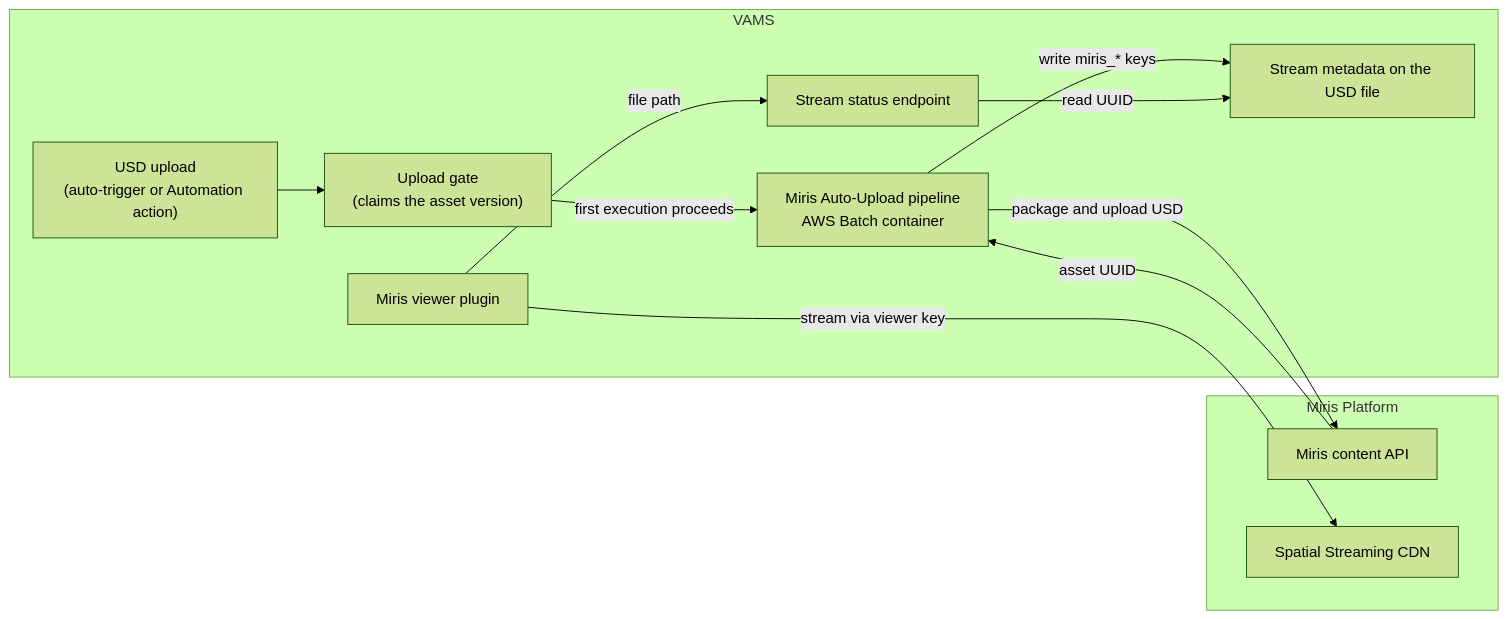
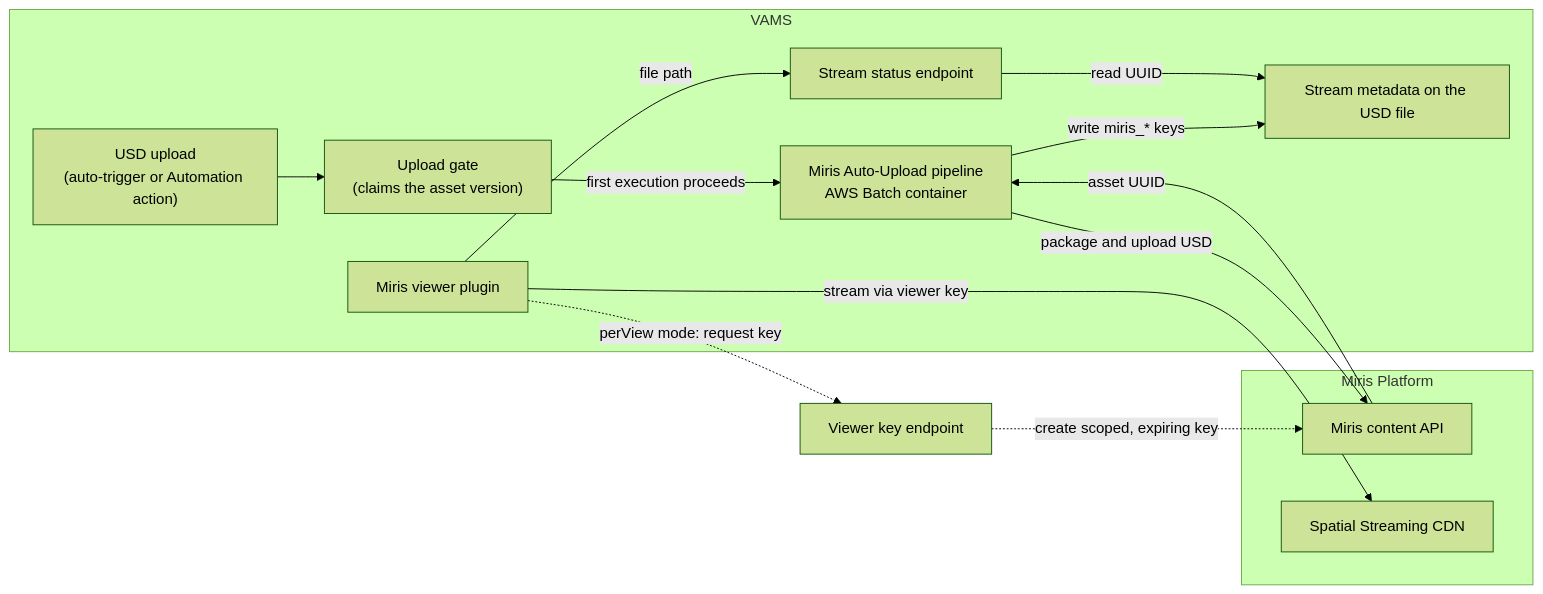
The diagram in documentation/docusaurus-site/docs/developer/external-integrations/miris-spatial-streaming.md (kellan-cartledge-miris/visual-asset-management-system), drawn with Mermaid (forest theme) before and after one commit. The commit also changed other lines of this file and 11 other files, not shown here.

First line of the commit message:
docs(miris): document per-view viewer keys

````diff
--- a/documentation/docusaurus-site/docs/developer/external-integrations/miris-spatial-streaming.md
+++ b/documentation/docusaurus-site/docs/developer/external-integrations/miris-spatial-streaming.md
@@ -146,24 +201,26 @@
 ```mermaid
 flowchart LR
     subgraph VAMS
         UP["USD upload\n(auto-trigger or Automation action)"]
         GATE["Upload gate\n(claims the asset version)"]
         PIPE["Miris Auto-Upload pipeline\nAWS Batch container"]
         MD["Stream metadata on the USD file"]
         STATUS["Stream status endpoint"]
         VIEW["Miris viewer plugin"]
     end
     subgraph Miris Platform
         API["Miris content API"]
         STREAM["Spatial Streaming CDN"]
     end
 
     UP --> GATE
     GATE -->|first execution proceeds| PIPE
     PIPE -->|package and upload USD| API
     API -->|asset UUID| PIPE
     PIPE -->|write miris_* keys| MD
     VIEW -->|file path| STATUS
     STATUS -->|read UUID| MD
     VIEW -->|stream via viewer key| STREAM
+    VIEW -.->|perView mode: request key| MINT["Viewer key endpoint"]
+    MINT -.->|create scoped, expiring key| API
 ```
````
